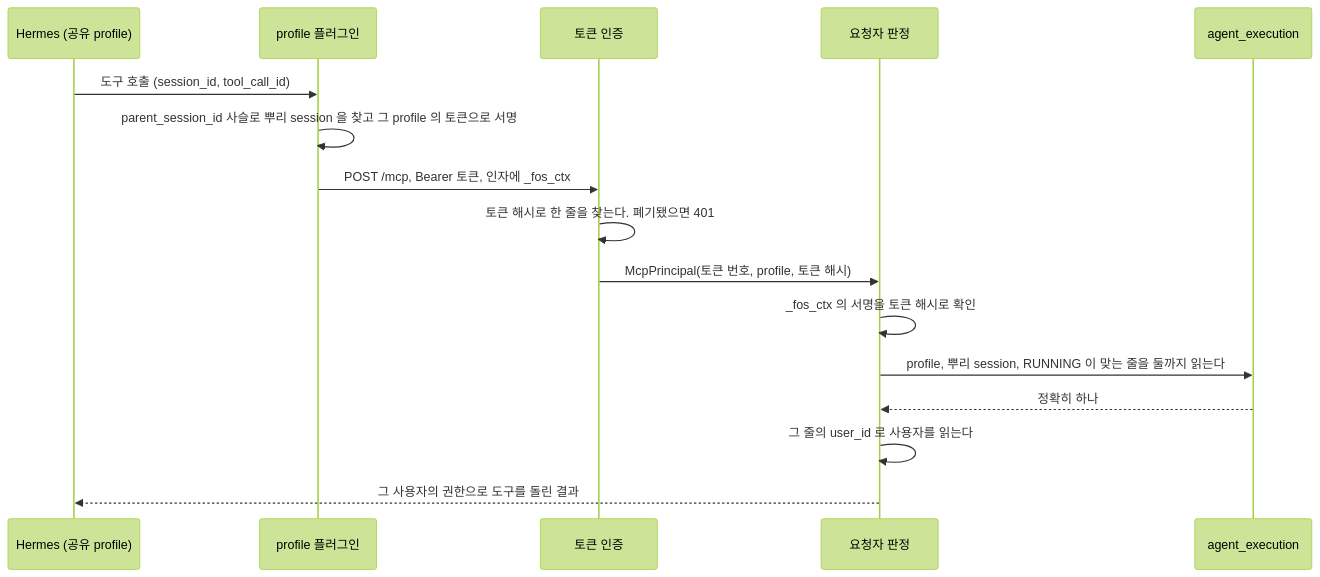
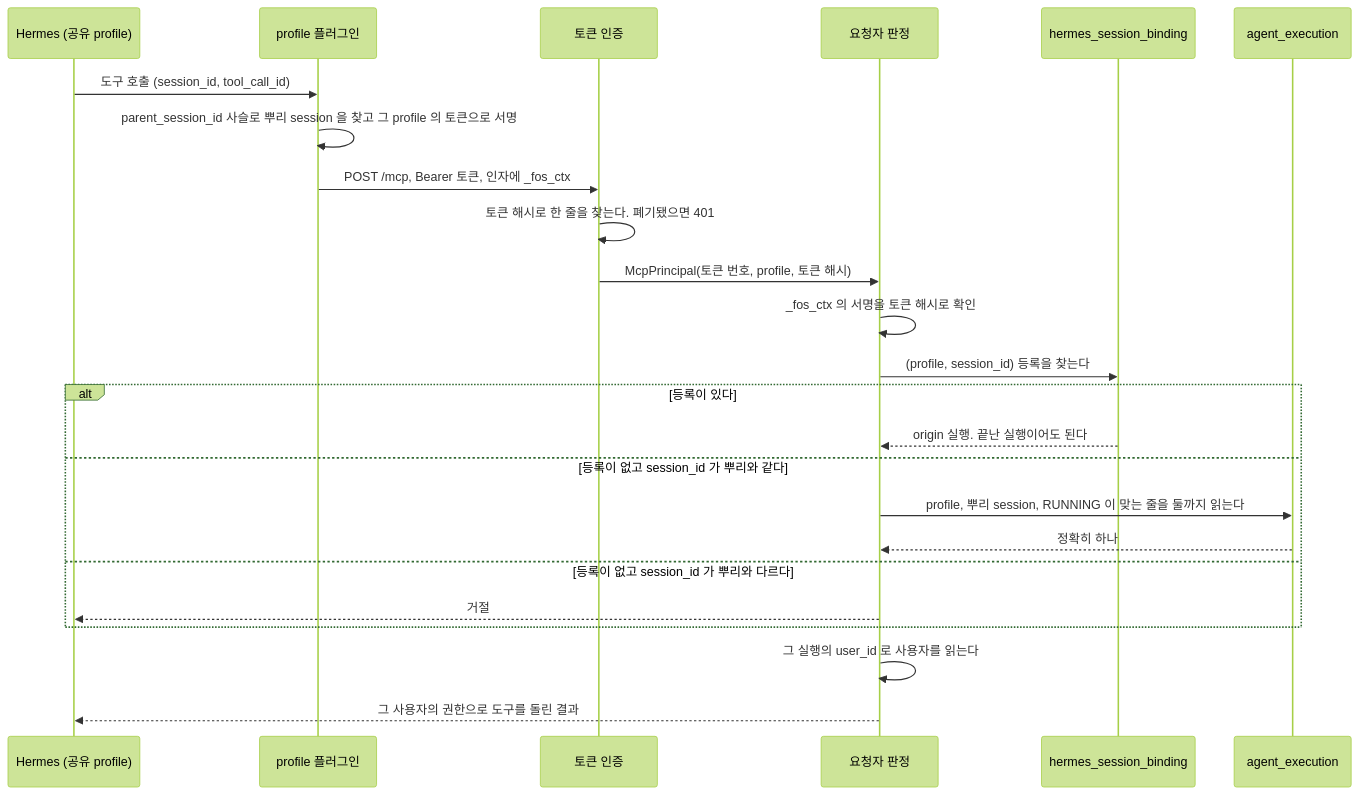
One commit to jon890/fos-assistant changed the second of 22 diagrams in docs/flow.md. Above: the diagram before and after it, drawn with Mermaid (forest theme). The commit also changed other lines of this file and 7 other files, not shown here.

````diff
--- a/docs/flow.md
+++ b/docs/flow.md
@@ -61,19 +61,27 @@
 ```mermaid
 sequenceDiagram
     participant H as Hermes (공유 profile)
     participant P as profile 플러그인
     participant F as 토큰 인증
     participant R as 요청자 판정
+    participant B as hermes_session_binding
     participant E as agent_execution
 
     H->>P: 도구 호출 (session_id, tool_call_id)
     P->>P: parent_session_id 사슬로 뿌리 session 을 찾고 그 profile 의 토큰으로 서명
     P->>F: POST /mcp, Bearer 토큰, 인자에 _fos_ctx
     F->>F: 토큰 해시로 한 줄을 찾는다. 폐기됐으면 401
     F->>R: McpPrincipal(토큰 번호, profile, 토큰 해시)
     R->>R: _fos_ctx 의 서명을 토큰 해시로 확인
-    R->>E: profile, 뿌리 session, RUNNING 이 맞는 줄을 둘까지 읽는다
-    E-->>R: 정확히 하나
-    R->>R: 그 줄의 user_id 로 사용자를 읽는다
+    R->>B: (profile, session_id) 등록을 찾는다
+    alt 등록이 있다
+        B-->>R: origin 실행. 끝난 실행이어도 된다
+    else 등록이 없고 session_id 가 뿌리와 같다
+        R->>E: profile, 뿌리 session, RUNNING 이 맞는 줄을 둘까지 읽는다
+        E-->>R: 정확히 하나
+    else 등록이 없고 session_id 가 뿌리와 다르다
+        R-->>H: 거절
+    end
+    R->>R: 그 실행의 user_id 로 사용자를 읽는다
     R-->>H: 그 사용자의 권한으로 도구를 돌린 결과
 ```
````
